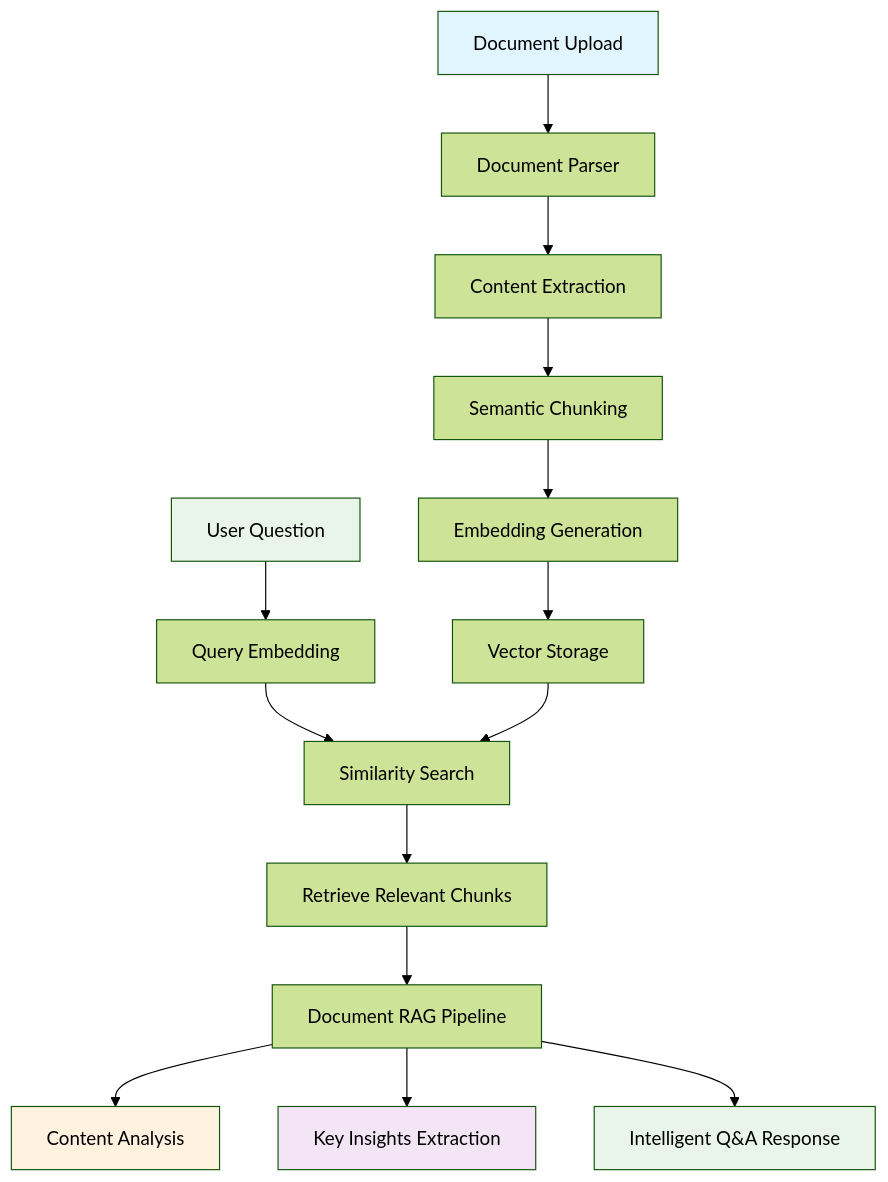
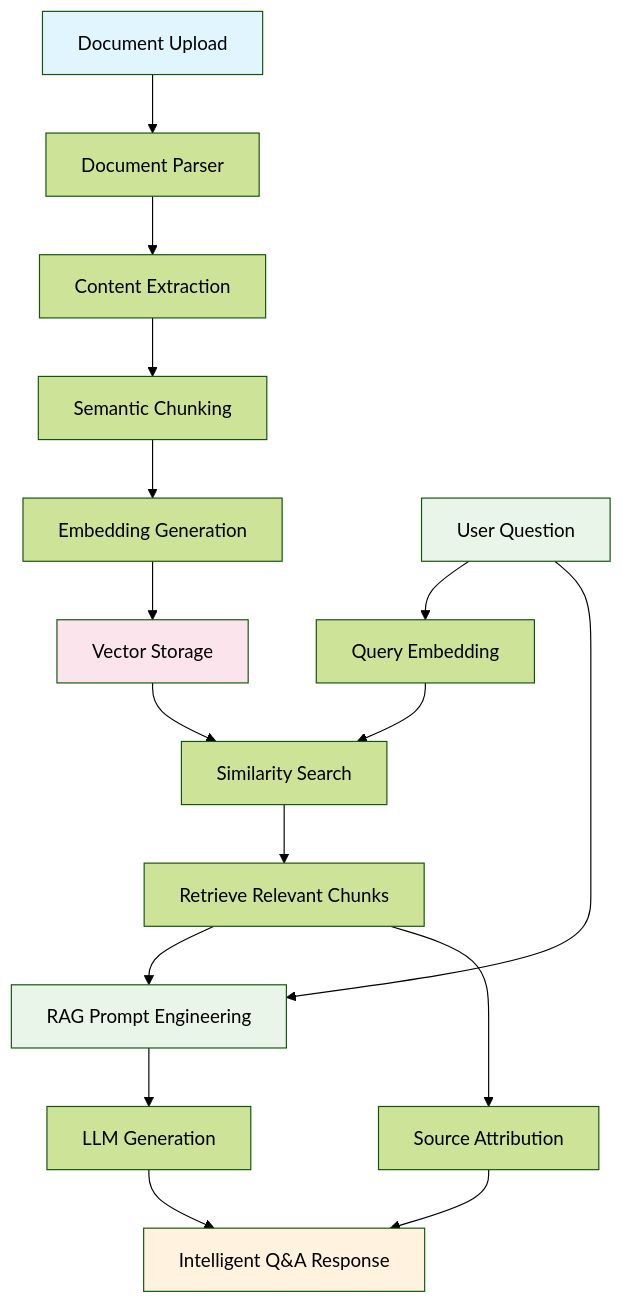
Before and after one commit to learnwithparam/monkey-kata: the diagram in api/demos/document_qa_chatbot/README.md, drawn with Mermaid (forest theme). The commit also changed other lines of this file and 12 other files, not shown here.

````diff
--- a/api/demos/document_qa_chatbot/README.md
+++ b/api/demos/document_qa_chatbot/README.md
@@ -17,23 +18,26 @@
 ```mermaid
 graph TD
     A[Document Upload] --> B[Document Parser]
     B --> C[Content Extraction]
     C --> D[Semantic Chunking]
     D --> E[Embedding Generation]
     E --> F[Vector Storage]
     
     G[User Question] --> H[Query Embedding]
     H --> I[Similarity Search]
     F --> I
     I --> J[Retrieve Relevant Chunks]
-    J --> K[Document RAG Pipeline]
-    K --> L[Content Analysis]
-    K --> M[Key Insights Extraction]
-    K --> N[Intelligent Q&A Response]
+    J --> K[RAG Prompt Engineering]
+    G --> K
+    
+    K --> L[LLM Generation]
+    L --> M[Intelligent Q&A Response]
+    J --> N[Source Attribution]
+    N --> M
     
     style A fill:#e1f5fe
     style G fill:#e8f5e8
-    style L fill:#fff3e0
-    style M fill:#f3e5f5
-    style N fill:#e8f5e8
+    style F fill:#fce4ec
+    style K fill:#e8f5e8
+    style M fill:#fff3e0
 ```
````
